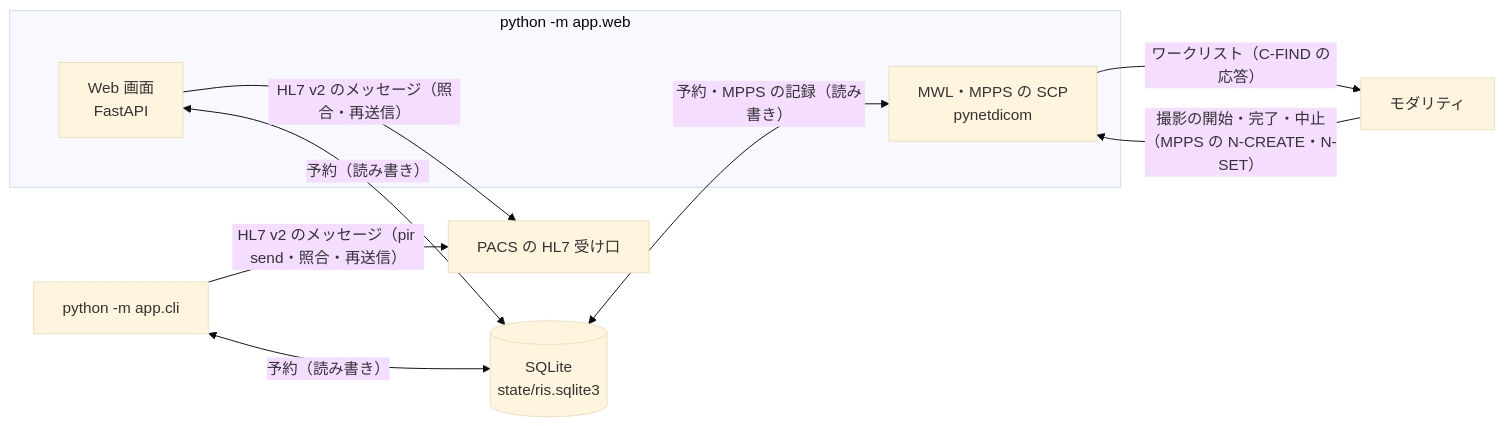
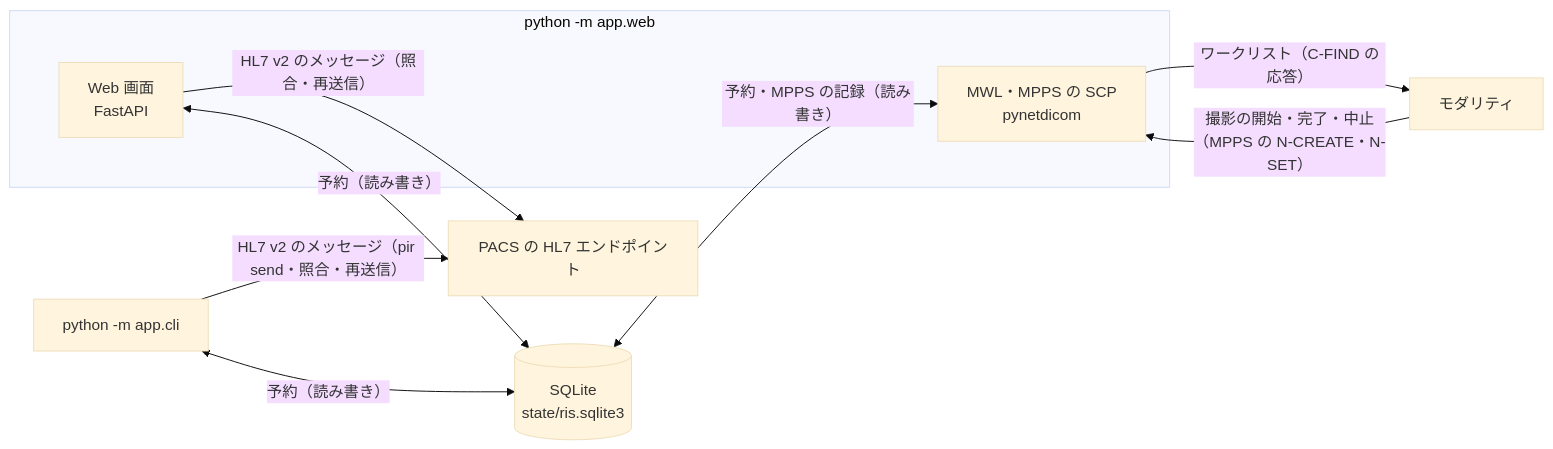
Before and after one commit to jeysunit/ris-emulator: the diagram in docs/architecture.md, drawn with Mermaid (base theme). The commit also changed 11 other files, not shown here.

````diff
--- a/docs/architecture.md
+++ b/docs/architecture.md
@@ -8,18 +8,18 @@
 ```mermaid
 flowchart LR
   subgraph proc1["python -m app.web"]
     WEB["Web 画面<br/>FastAPI"]
     MWL["MWL・MPPS の SCP<br/>pynetdicom"]
   end
   CLI["python -m app.cli"]
   DB[("SQLite<br/>state/ris.sqlite3")]
   MOD["モダリティ"]
-  PACS["PACS の HL7 受け口"]
+  PACS["PACS の HL7 エンドポイント"]
   WEB -->|"HL7 v2 のメッセージ（照合・再送信）"| PACS
   CLI -->|"HL7 v2 のメッセージ（pir send・照合・再送信）"| PACS
   WEB <-->|"予約（読み書き）"| DB
   CLI <-->|"予約（読み書き）"| DB
   DB <-->|"予約・MPPS の記録（読み書き）"| MWL
   MWL -->|"ワークリスト（C-FIND の応答）"| MOD
   MOD -->|"撮影の開始・完了・中止（MPPS の N-CREATE・N-SET）"| MWL
 ```
````
